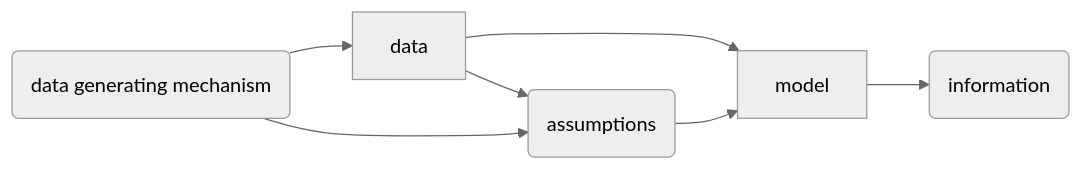
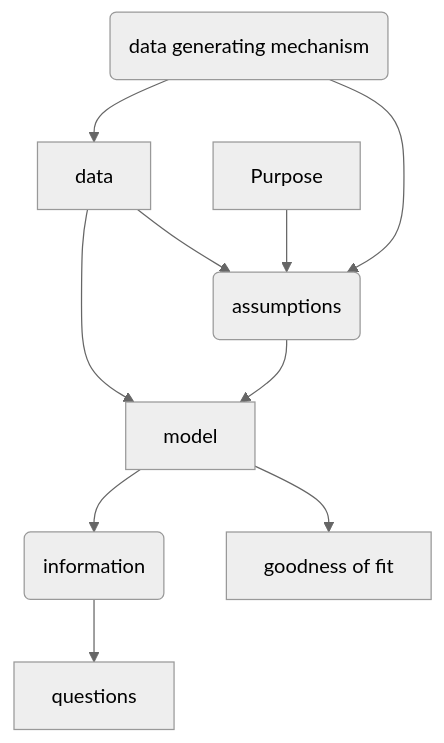
The ninth of 15 diagrams in Glossary of distributional regression.qmd (mstasinopoulos/GrossaryForDR), drawn with Mermaid (neutral theme) before and after one commit. The commit also changed other lines of this file, not shown here.

````diff
--- a/Glossary of distributional regression.qmd
+++ b/Glossary of distributional regression.qmd
@@ -1524,12 +1629,15 @@
 ```{mermaid}
 %%| fig-width: 5
 %%| label: fig-mod_3
 %%| fig-cap: "A model need realistic assumptions to capture both the natural variable and ther interrealtioships in the model."
-flowchart LR
+flowchart TB
   G(data generating mechanism)  --> D[data]
   D --> M[model] 
   A(assumptions) --> M
   G --> A
   M --> I(information)
+  M --> Y[goodness of fit]
   D --> A
+  P[Purpose] --> A
+  I --> Q[questions]
 ```
````
